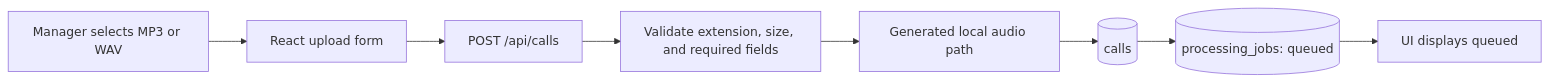
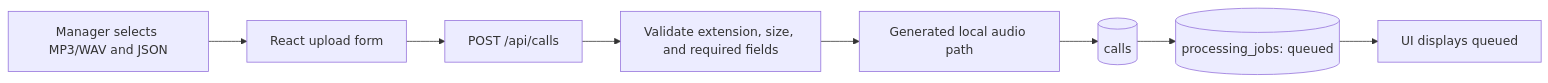
One commit to vrize-poc-demo/call-center-radar changed the diagram in docs/stories/story-1.1-upload-register-call.md. Above: the diagram before and after it, drawn with Mermaid. The commit also changed other lines of this file and 4 other files, not shown here.

````diff
--- a/docs/stories/story-1.1-upload-register-call.md
+++ b/docs/stories/story-1.1-upload-register-call.md
@@ -33,10 +33,10 @@
 ```mermaid
 flowchart LR
-  U[Manager selects MP3 or WAV] --> F[React upload form]
+  U[Manager selects MP3/WAV and JSON] --> F[React upload form]
   F --> A[POST /api/calls]
   A --> V[Validate extension, size, and required fields]
   V --> S[Generated local audio path]
   S --> C[(calls)]
   C --> J[(processing_jobs: queued)]
   J --> R[UI displays queued]
 ```
````
